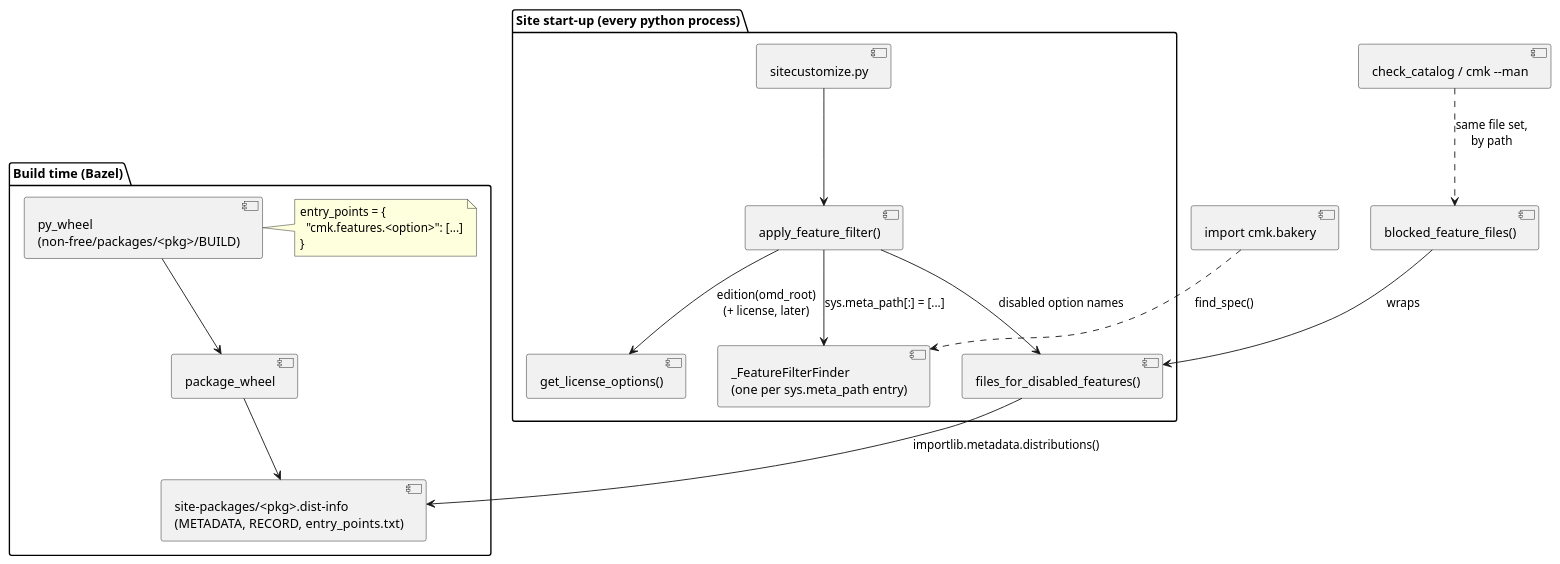
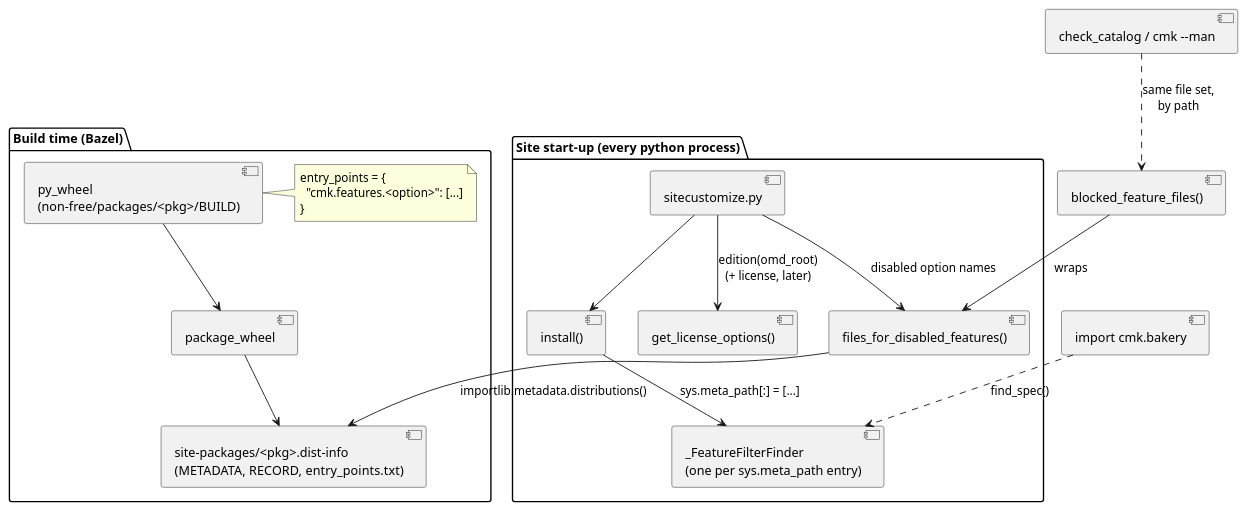
One commit to Checkmk/checkmk changed the diagram in doc/documentation/arch-licensing-feature-filter.rst. Above: the diagram before and after it, drawn with PlantUML. The commit also changed other lines of this file and 5 other files, not shown here.

```diff
--- a/doc/documentation/arch-licensing-feature-filter.rst
+++ b/doc/documentation/arch-licensing-feature-filter.rst
@@ -45,34 +45,34 @@
 .. uml::
 
     package "Build time (Bazel)" {
         [py_wheel\n(non-free/packages/<pkg>/BUILD)] as wheel
         note right of wheel
           entry_points = {
             "cmk.features.<option>": [...]
           }
         end note
         [package_wheel] as pkgwheel
         [site-packages/<pkg>.dist-info\n(METADATA, RECORD, entry_points.txt)] as distinfo
         wheel --> pkgwheel
         pkgwheel --> distinfo
     }
 
     package "Site start-up (every python process)" {
         [sitecustomize.py] as sc
-        [apply_feature_filter()] as apply
+        [install()] as apply
         [get_license_options()] as opts
         [files_for_disabled_features()] as files
         [_FeatureFilterFinder\n(one per sys.meta_path entry)] as finder
         sc --> apply
-        apply --> opts : edition(omd_root)\n(+ license, later)
-        apply --> files : disabled option names
+        sc --> opts : edition(omd_root)\n(+ license, later)
+        sc --> files : disabled option names
         files --> distinfo : importlib.metadata.distributions()
         apply --> finder : sys.meta_path[:] = [...]
     }
 
     [import cmk.bakery] as imp
     [check_catalog / cmk --man] as catalog
     [blocked_feature_files()] as blocked
     imp ..> finder : find_spec()
     catalog ..> blocked : same file set,\nby path
     blocked --> files : wraps
```
